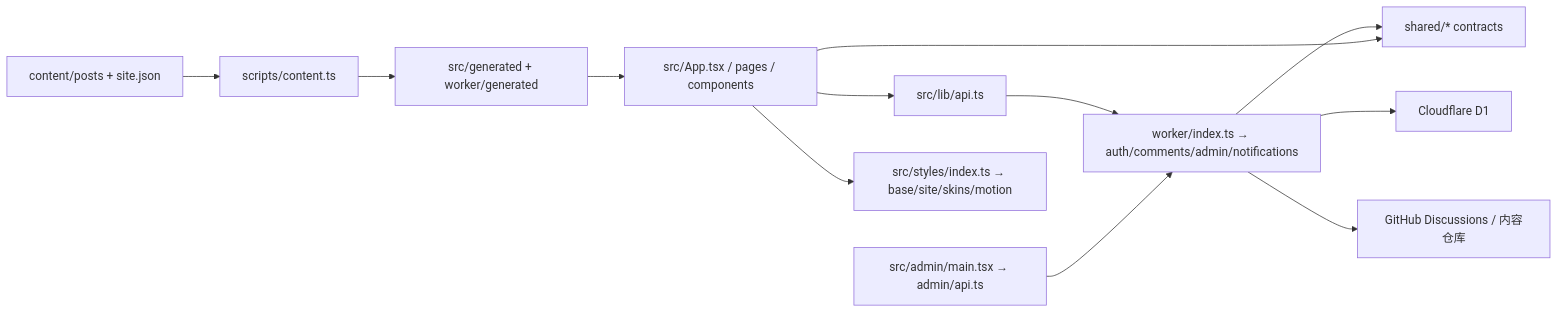
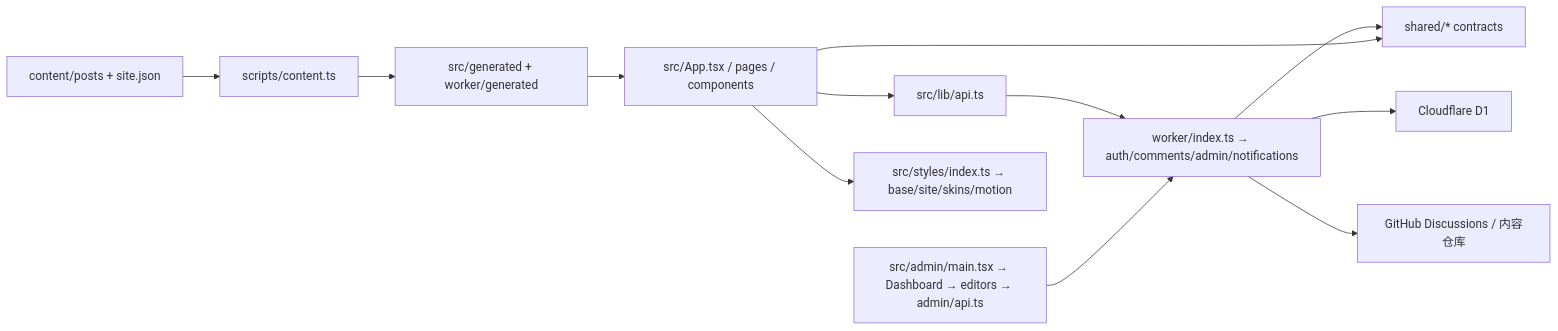
One commit to YohakuSama/waylan-blog changed the first of 2 diagrams in docs/ARCHITECTURE.md. Above: the diagram before and after it, drawn with Mermaid. The commit also changed other lines of this file, not shown here.

Commit message:
docs: register admin module ownership, dependency graph, troubleshooting and rollback

````diff
--- a/docs/ARCHITECTURE.md
+++ b/docs/ARCHITECTURE.md
@@ -9,14 +9,14 @@
 ```mermaid
 flowchart LR
     Content["content/posts + site.json"] --> Build["scripts/content.ts"]
     Build --> Generated["src/generated + worker/generated"]
     Generated --> Front["src/App.tsx / pages / components"]
     Front --> BrowserApi["src/lib/api.ts"]
     BrowserApi --> Worker["worker/index.ts → auth/comments/admin/notifications"]
     Worker --> Shared["shared/* contracts"]
     Front --> Shared
     Worker --> D1["Cloudflare D1"]
     Worker --> GitHub["GitHub Discussions / 内容仓库"]
-    Admin["src/admin/main.tsx → admin/api.ts"] --> Worker
+    Admin["src/admin/main.tsx → Dashboard → editors → admin/api.ts"] --> Worker
     Front --> Styles["src/styles/index.ts → base/site/skins/motion"]
 ```
````
